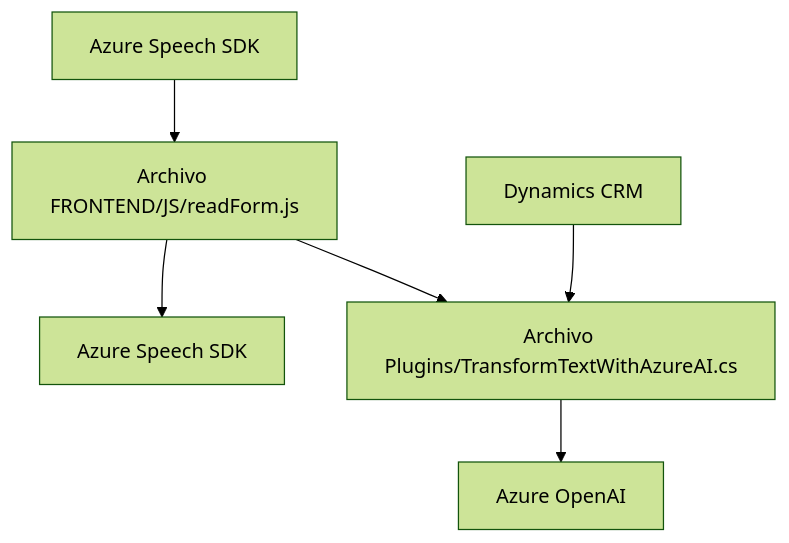
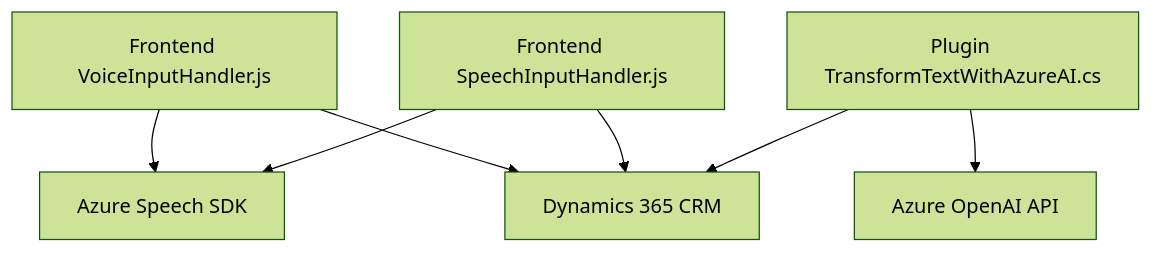
Before and after one commit to blopezdm/NETCORE_BILBAO2025: the diagram in README.md, drawn with Mermaid (forest theme). The commit also changed other lines of this file, not shown here.

````diff
--- a/README.md
+++ b/README.md
@@ -48,8 +35,16 @@
 ```mermaid
 graph TD
-  JS["Archivo FRONTEND/JS/readForm.js"] --> SDK["Azure Speech SDK"]
-  JS --> CRM["Dynamics CRM"]
-  CRM["Archivo Plugins/TransformTextWithAzureAI.cs"] --> OpenAI["Azure OpenAI"]
-  Azure["Azure Speech SDK"] --> JS
-  MSCRM["Dynamics CRM"] --> CRM
+    A["Frontend VoiceInputHandler.js"]
+    B["Frontend SpeechInputHandler.js"]
+    C["Plugin TransformTextWithAzureAI.cs"]
+    D["Azure Speech SDK"]
+    E["Dynamics 365 CRM"]
+    F["Azure OpenAI API"]
+
+    A --> D
+    A --> E
+    B --> D
+    B --> E
+    C --> F
+    C --> E
 ```
````
